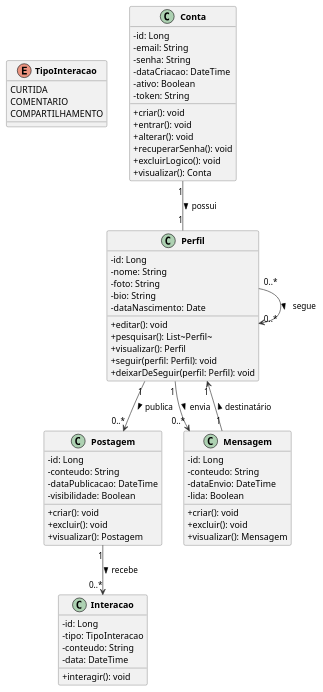
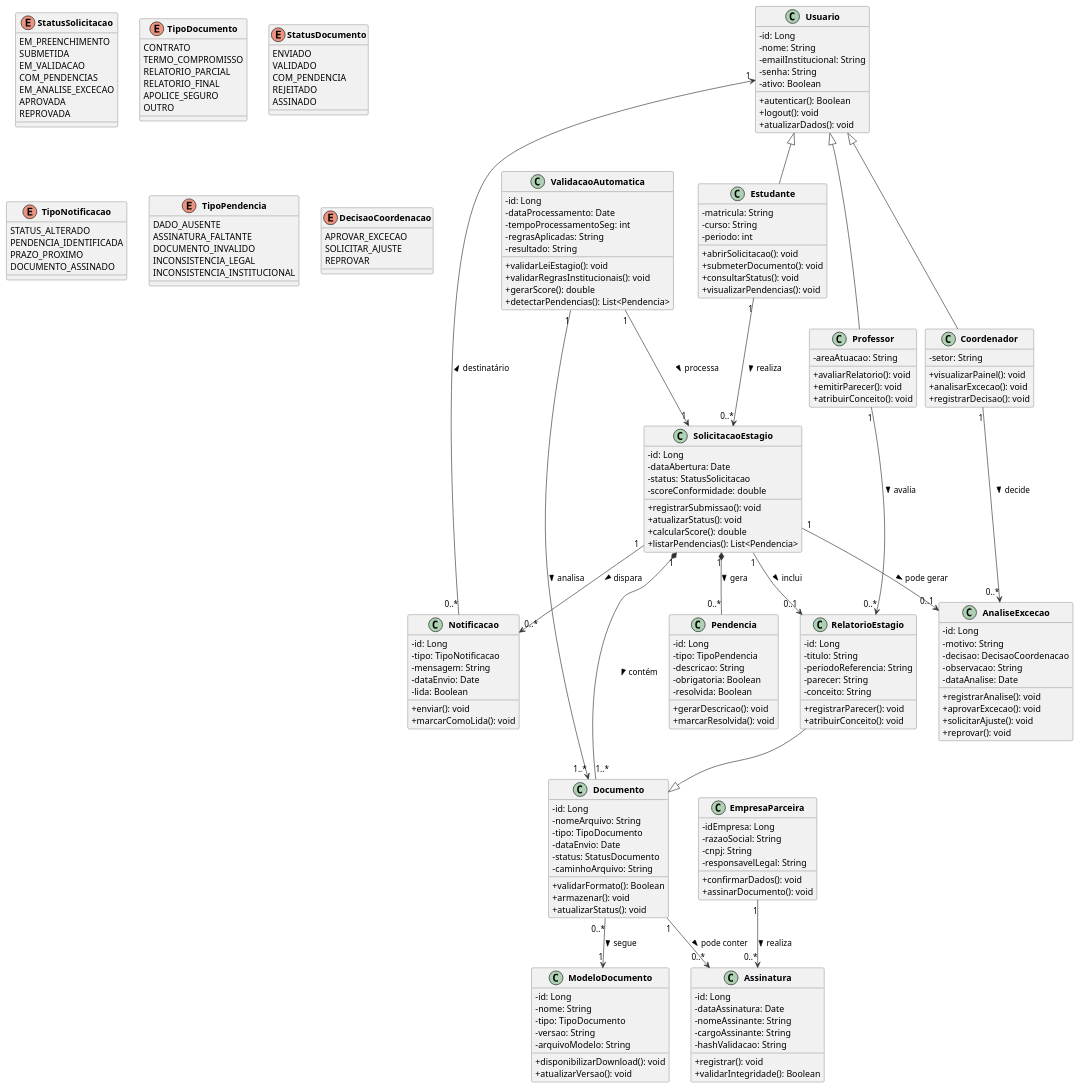
Before and after one commit to Projetos-de-Extensao/PBE_26.1_8001_VII: the diagram in docs/Elaboracao/diagrama_de_classes.md, drawn with PlantUML. The commit also changed other lines of this file, not shown here.

Commit message:
Enhance class diagram with new enums and updates
Added new enums for document types, statuses, notifications, and exceptions in the class diagram. Updated class relationships and descriptions for better clarity.

````diff
--- a/docs/Elaboracao/diagrama_de_classes.md
+++ b/docs/Elaboracao/diagrama_de_classes.md
@@ -8,83 +8,223 @@
 ```plantuml
-@startuml DiagramaDeClasses
+@startuml Diagrama_Classes_Sistema_Validacao_Estagios
 
 skinparam classAttributeIconSize 0
 skinparam classFontStyle bold
 skinparam ArrowColor #333333
 skinparam ClassBorderColor #555555
 
-enum TipoInteracao {
-  CURTIDA
-  COMENTARIO
-  COMPARTILHAMENTO
+enum StatusSolicitacao {
+  EM_PREENCHIMENTO
+  SUBMETIDA
+  EM_VALIDACAO
+  COM_PENDENCIAS
+  EM_ANALISE_EXCECAO
+  APROVADA
+  REPROVADA
 }
 
-class Conta {
-  - id: Long
-  - email: String
-  - senha: String
-  - dataCriacao: DateTime
-  - ativo: Boolean
-  - token: String
-  + criar(): void
-  + entrar(): void
-  + alterar(): void
-  + recuperarSenha(): void
-  + excluirLogico(): void
-  + visualizar(): Conta
+enum TipoDocumento {
+  CONTRATO
+  TERMO_COMPROMISSO
+  RELATORIO_PARCIAL
+  RELATORIO_FINAL
+  APOLICE_SEGURO
+  OUTRO
 }
 
-class Perfil {
+enum StatusDocumento {
+  ENVIADO
+  VALIDADO
+  COM_PENDENCIA
+  REJEITADO
+  ASSINADO
+}
+
+enum TipoNotificacao {
+  STATUS_ALTERADO
+  PENDENCIA_IDENTIFICADA
+  PRAZO_PROXIMO
+  DOCUMENTO_ASSINADO
+}
+
+enum TipoPendencia {
+  DADO_AUSENTE
+  ASSINATURA_FALTANTE
+  DOCUMENTO_INVALIDO
+  INCONSISTENCIA_LEGAL
+  INCONSISTENCIA_INSTITUCIONAL
+}
+
+enum DecisaoCoordenacao {
+  APROVAR_EXCECAO
+  SOLICITAR_AJUSTE
+  REPROVAR
+}
+
+class Usuario {
   - id: Long
   - nome: String
-  - foto: String
-  - bio: String
-  - dataNascimento: Date
-  + editar(): void
-  + pesquisar(): List~Perfil~
-  + visualizar(): Perfil
-  + seguir(perfil: Perfil): void
-  + deixarDeSeguir(perfil: Perfil): void
+  - emailInstitucional: String
+  - senha: String
+  - ativo: Boolean
+  + autenticar(): Boolean
+  + logout(): void
+  + atualizarDados(): void
 }
 
-class Postagem {
-  - id: Long
-  - conteudo: String
-  - dataPublicacao: DateTime
-  - visibilidade: Boolean
-  + criar(): void
-  + excluir(): void
-  + visualizar(): Postagem
+class Estudante {
+  - matricula: String
+  - curso: String
+  - periodo: int
+  + abrirSolicitacao(): void
+  + submeterDocumento(): void
+  + consultarStatus(): void
+  + visualizarPendencias(): void
 }
 
-class Interacao {
-  - id: Long
-  - tipo: TipoInteracao
-  - conteudo: String
-  - data: DateTime
-  + interagir(): void
+class Professor {
+  - areaAtuacao: String
+  + avaliarRelatorio(): void
+  + emitirParecer(): void
+  + atribuirConceito(): void
 }
 
-class Mensagem {
-  - id: Long
-  - conteudo: String
-  - dataEnvio: DateTime
-  - lida: Boolean
-  + criar(): void
-  + excluir(): void
-  + visualizar(): Mensagem
+class Coordenador {
+  - setor: String
+  + visualizarPainel(): void
+  + analisarExcecao(): void
+  + registrarDecisao(): void
 }
 
-' Relacionamentos
-Conta "1" -- "1" Perfil : possui >
+class EmpresaParceira {
+  - idEmpresa: Long
+  - razaoSocial: String
+  - cnpj: String
+  - responsavelLegal: String
+  + confirmarDados(): void
+  + assinarDocumento(): void
+}
 
-Perfil "1" --> "0..*" Postagem : publica >
-Perfil "1" --> "0..*" Mensagem : envia >
-Perfil "0..*" --> "0..*" Perfil : segue >
+class SolicitacaoEstagio {
+  - id: Long
+  - dataAbertura: Date
+  - status: StatusSolicitacao
+  - scoreConformidade: double
+  + registrarSubmissao(): void
+  + atualizarStatus(): void
+  + calcularScore(): double
+  + listarPendencias(): List<Pendencia>
+}
 
-Postagem "1" --> "0..*" Interacao : recebe >
+class Documento {
+  - id: Long
+  - nomeArquivo: String
+  - tipo: TipoDocumento
+  - dataEnvio: Date
+  - status: StatusDocumento
+  - caminhoArquivo: String
+  + validarFormato(): Boolean
+  + armazenar(): void
+  + atualizarStatus(): void
+}
 
-Mensagem "1" --> "1" Perfil : destinatário >
+class ValidacaoAutomatica {
+  - id: Long
+  - dataProcessamento: Date
+  - tempoProcessamentoSeg: int
+  - regrasAplicadas: String
+  - resultado: String
+  + validarLeiEstagio(): void
+  + validarRegrasInstitucionais(): void
+  + gerarScore(): double
+  + detectarPendencias(): List<Pendencia>
+}
+
+class Pendencia {
+  - id: Long
+  - tipo: TipoPendencia
+  - descricao: String
+  - obrigatoria: Boolean
+  - resolvida: Boolean
+  + gerarDescricao(): void
+  + marcarResolvida(): void
+}
+
+class Notificacao {
+  - id: Long
+  - tipo: TipoNotificacao
+  - mensagem: String
+  - dataEnvio: Date
+  - lida: Boolean
+  + enviar(): void
+  + marcarComoLida(): void
+}
+
+class ModeloDocumento {
+  - id: Long
+  - nome: String
+  - tipo: TipoDocumento
+  - versao: String
+  - arquivoModelo: String
+  + disponibilizarDownload(): void
+  + atualizarVersao(): void
+}
+
+class Assinatura {
+  - id: Long
+  - dataAssinatura: Date
+  - nomeAssinante: String
+  - cargoAssinante: String
+  - hashValidacao: String
+  + registrar(): void
+  + validarIntegridade(): Boolean
+}
+
+class RelatorioEstagio {
+  - id: Long
+  - titulo: String
+  - periodoReferencia: String
+  - parecer: String
+  - conceito: String
+  + registrarParecer(): void
+  + atribuirConceito(): void
+}
+
+class AnaliseExcecao {
+  - id: Long
+  - motivo: String
+  - decisao: DecisaoCoordenacao
+  - observacao: String
+  - dataAnalise: Date
+  + registrarAnalise(): void
+  + aprovarExcecao(): void
+  + solicitarAjuste(): void
+  + reprovar(): void
+}
+
+Usuario <|-- Estudante
+Usuario <|-- Professor
+Usuario <|-- Coordenador
+
+Estudante "1" --> "0..*" SolicitacaoEstagio : realiza >
+SolicitacaoEstagio "1" *-- "1..*" Documento : contém >
+SolicitacaoEstagio "1" *-- "0..*" Pendencia : gera >
+SolicitacaoEstagio "1" --> "0..*" Notificacao : dispara >
+SolicitacaoEstagio "1" --> "0..1" AnaliseExcecao : pode gerar >
+SolicitacaoEstagio "1" --> "0..1" RelatorioEstagio : inclui >
+
+ValidacaoAutomatica "1" --> "1" SolicitacaoEstagio : processa >
+ValidacaoAutomatica "1" --> "1..*" Documento : analisa >
+
+Professor "1" --> "0..*" RelatorioEstagio : avalia >
+Coordenador "1" --> "0..*" AnaliseExcecao : decide >
+EmpresaParceira "1" --> "0..*" Assinatura : realiza >
+
+Documento "1" --> "0..*" Assinatura : pode conter >
+Documento "0..*" --> "1" ModeloDocumento : segue >
+RelatorioEstagio --|> Documento
+
+Notificacao "0..*" --> "1" Usuario : destinatário >
 
 @enduml
 ```
````
